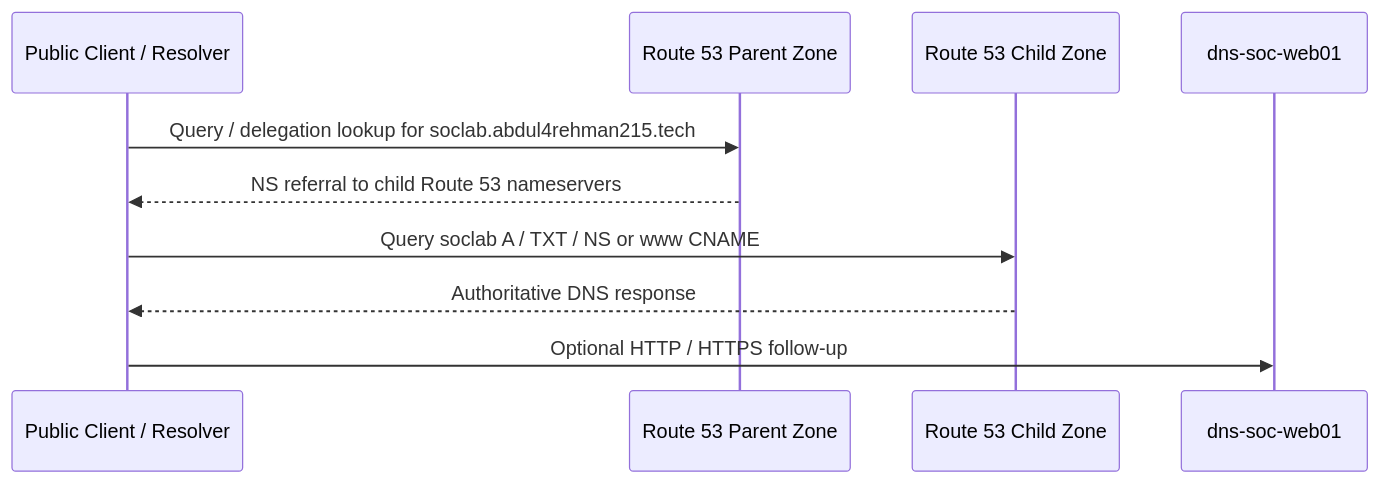
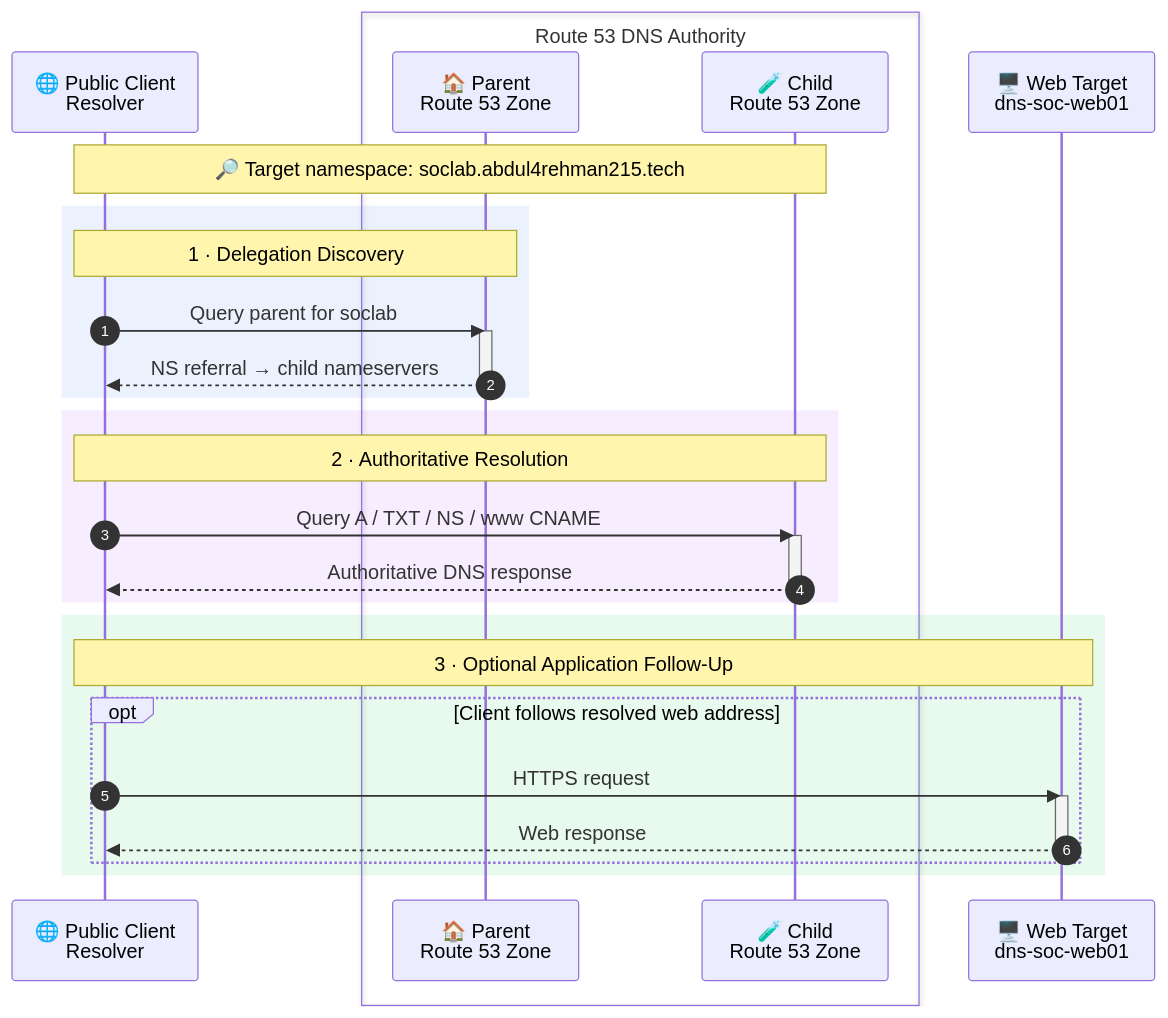
The first of 2 diagrams in 01-network-architecture/traffic-flow.md (DNSentinel-Lab/DNS-Lab-Infrastructure), drawn with Mermaid before and after one commit.

Commit message:
Improve DNS resolution diagram with annotations
Enhanced the sequence diagram with additional participants and notes for better clarity.

````diff
--- a/01-network-architecture/traffic-flow.md
+++ b/01-network-architecture/traffic-flow.md
@@ -13,13 +13,41 @@
 ```mermaid
 sequenceDiagram
-    participant C as Public Client / Resolver
-    participant P as Route 53 Parent Zone
-    participant D as Route 53 Child Zone
-    participant W as dns-soc-web01
+    autonumber
 
-    C->>P: Query / delegation lookup for soclab.abdul4rehman215.tech
-    P-->>C: NS referral to child Route 53 nameservers
-    C->>D: Query soclab A / TXT / NS or www CNAME
-    D-->>C: Authoritative DNS response
-    C->>W: Optional HTTP / HTTPS follow-up
+    participant C as 🌐 Public Client<br/>Resolver
+
+    box Route 53 DNS Authority
+        participant P as 🏠 Parent<br/>Route 53 Zone
+        participant D as 🧪 Child<br/>Route 53 Zone
+    end
+
+    participant W as 🖥️ Web Target<br/>dns-soc-web01
+
+    Note over C,D: 🔎 Target namespace: soclab.abdul4rehman215.tech
+
+    rect rgba(59, 130, 246, 0.10)
+        Note over C,P: 1 · Delegation Discovery
+        C->>P: Query parent for soclab
+        activate P
+        P-->>C: NS referral → child nameservers
+        deactivate P
+    end
+
+    rect rgba(168, 85, 247, 0.10)
+        Note over C,D: 2 · Authoritative Resolution
+        C->>D: Query A / TXT / NS / www CNAME
+        activate D
+        D-->>C: Authoritative DNS response
+        deactivate D
+    end
+
+    rect rgba(34, 197, 94, 0.10)
+        Note over C,W: 3 · Optional Application Follow-Up
+        opt Client follows resolved web address
+            C->>W: HTTPS request
+            activate W
+            W-->>C: Web response
+            deactivate W
+        end
+    end
 ```
````
